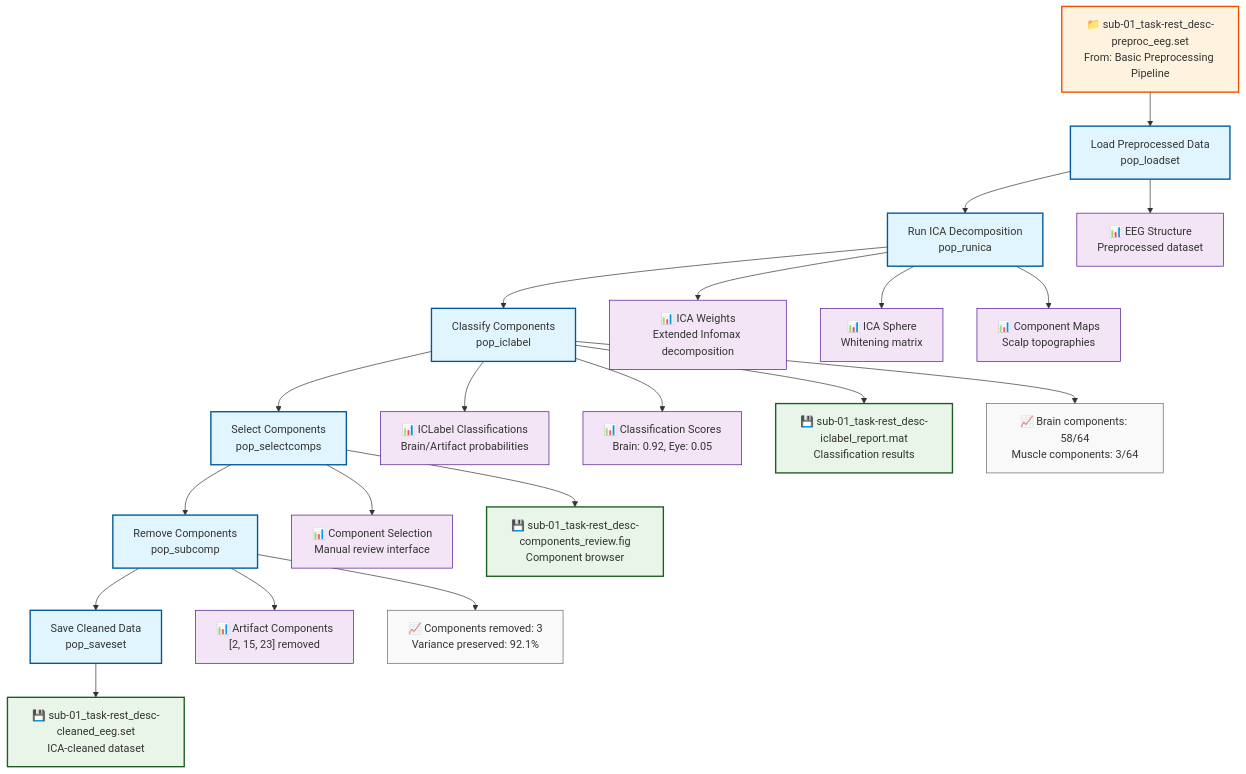
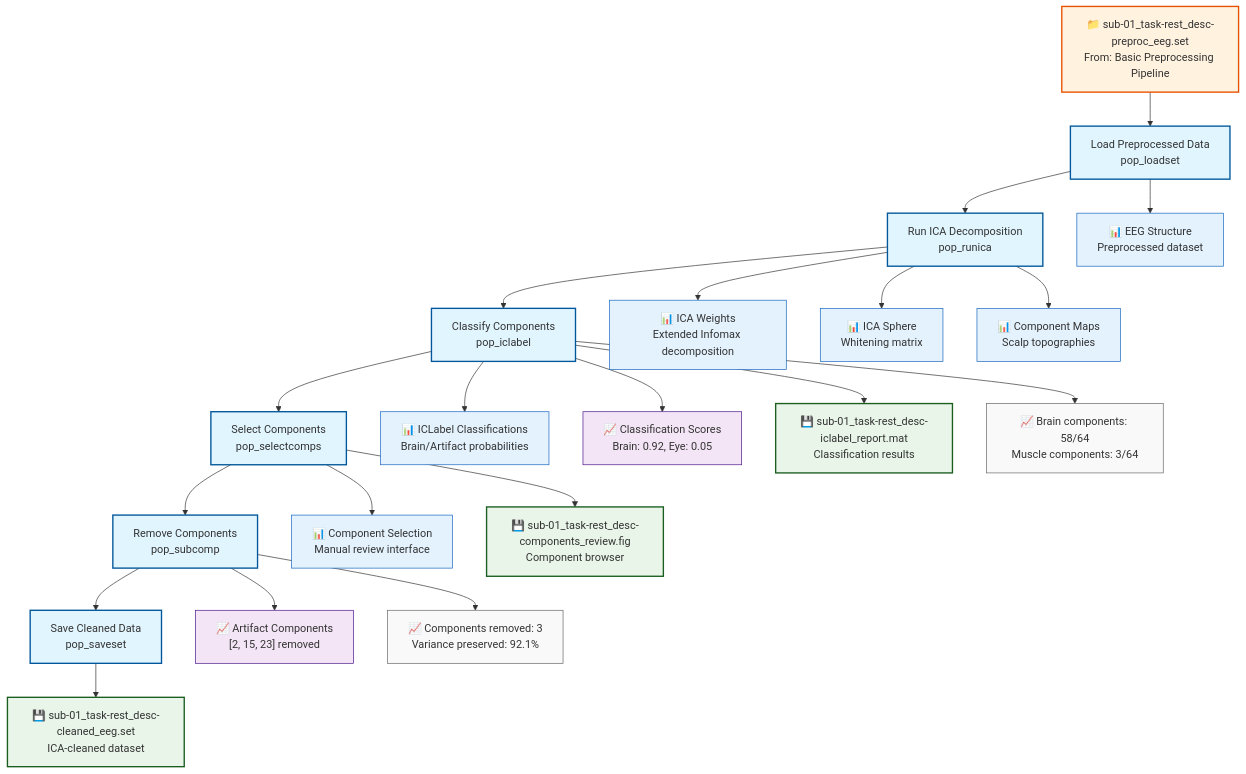
One commit to signalJourney/signalJourney changed the diagram in docs/examples/ica_decomposition_eeglab.md. Above: the diagram before and after it, drawn with Mermaid. The commit also changed 9 other files, not shown here.

First line of the commit message:
docs: fix inline vs inmemory data distinction in mermaid diagrams

````diff
--- a/docs/examples/ica_decomposition_eeglab.md
+++ b/docs/examples/ica_decomposition_eeglab.md
@@ -17,45 +17,47 @@
 ```mermaid
 flowchart TD
     A[Load Preprocessed Data<br/>pop_loadset] --> B[Run ICA Decomposition<br/>pop_runica]
     B --> C[Classify Components<br/>pop_iclabel]
     C --> D[Select Components<br/>pop_selectcomps]
     D --> E[Remove Components<br/>pop_subcomp]
     E --> F[Save Cleaned Data<br/>pop_saveset]
     
     %% Input from basic preprocessing
     G["📁 sub-01_task-rest_desc-preproc_eeg.set<br/>From: Basic Preprocessing Pipeline"] --> A
     
     %% Intermediate outputs
     A --> A1["📊 EEG Structure<br/>Preprocessed dataset"]
     B --> B1["📊 ICA Weights<br/>Extended Infomax decomposition"]
     C --> C1["📊 ICLabel Classifications<br/>Brain/Artifact probabilities"]
     D --> D1["📊 Component Selection<br/>Manual review interface"]
     
     %% ICA analysis data
     B --> V1["📊 ICA Sphere<br/>Whitening matrix"]
     B --> V2["📊 Component Maps<br/>Scalp topographies"]
-    C --> V3["📊 Classification Scores<br/>Brain: 0.92, Eye: 0.05"]
-    E --> V4["📊 Artifact Components<br/>[2, 15, 23] removed"]
+    C --> V3["📈 Classification Scores<br/>Brain: 0.92, Eye: 0.05"]
+    E --> V4["📈 Artifact Components<br/>[2, 15, 23] removed"]
     
     %% Final outputs
     F --> H["💾 sub-01_task-rest_desc-cleaned_eeg.set<br/>ICA-cleaned dataset"]
     D --> I["💾 sub-01_task-rest_desc-components_review.fig<br/>Component browser"]
     C --> J["💾 sub-01_task-rest_desc-iclabel_report.mat<br/>Classification results"]
     
     %% Quality metrics
     C --> Q1["📈 Brain components: 58/64<br/>Muscle components: 3/64"]
     E --> Q2["📈 Components removed: 3<br/>Variance preserved: 92.1%"]
 
     %% Styling
     classDef processStep fill:#e1f5fe,stroke:#01579b,stroke-width:2px
     classDef inputFile fill:#fff3e0,stroke:#e65100,stroke-width:2px
     classDef outputFile fill:#e8f5e8,stroke:#1b5e20,stroke-width:2px
+    classDef inMemoryData fill:#e3f2fd,stroke:#1565c0,stroke-width:1px
     classDef inlineData fill:#f3e5f5,stroke:#4a148c,stroke-width:1px
     classDef qualityMetric fill:#f9f9f9,stroke:#666,stroke-width:1px
 
     class A,B,C,D,E,F processStep
     class G inputFile
     class H,I,J outputFile
-    class A1,B1,C1,D1,V1,V2,V3,V4 inlineData
+    class A1,B1,C1,D1,V1,V2 inMemoryData
+    class V3,V4 inlineData
     class Q1,Q2 qualityMetric
 ```
````
